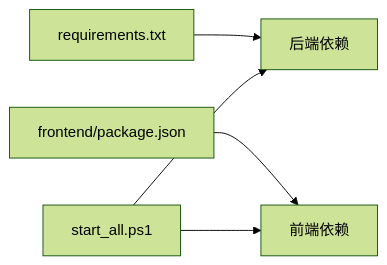
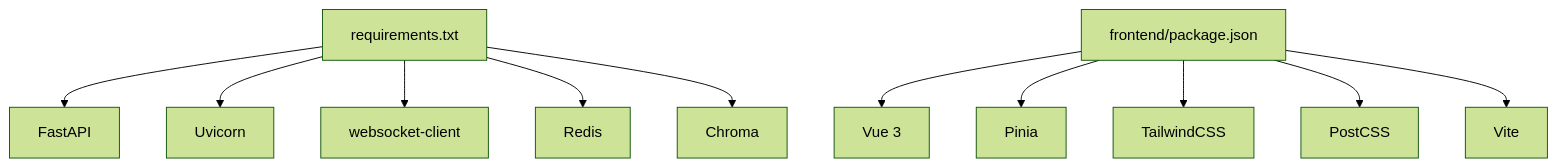
The fifth of 5 diagrams in .qoder/repowiki/zh/content/开发指南/开发指南.md (Moon-Force/DouYin_llm), drawn with Mermaid (forest theme) before and after one commit. The commit also changed other lines of this file and 218 other files, not shown here.

````diff
--- a/.qoder/repowiki/zh/content/开发指南/开发指南.md
+++ b/.qoder/repowiki/zh/content/开发指南/开发指南.md
@@ -325,7 +262,13 @@
 ```mermaid
-graph LR
-REQ["requirements.txt"] --> BE["后端依赖"]
-PKG["frontend/package.json"] --> FE["前端依赖"]
-START["start_all.ps1"] --> BE
-START --> FE
+graph TB
+REQ["requirements.txt"] --> FA["FastAPI"]
+REQ --> UV["Uvicorn"]
+REQ --> WS["websocket-client"]
+REQ --> RD["Redis"]
+REQ --> CH["Chroma"]
+PKG["frontend/package.json"] --> VUE["Vue 3"]
+PKG --> PIN["Pinia"]
+PKG --> TWC["TailwindCSS"]
+PKG --> PCD["PostCSS"]
+PKG --> VITE["Vite"]
 ```
````
